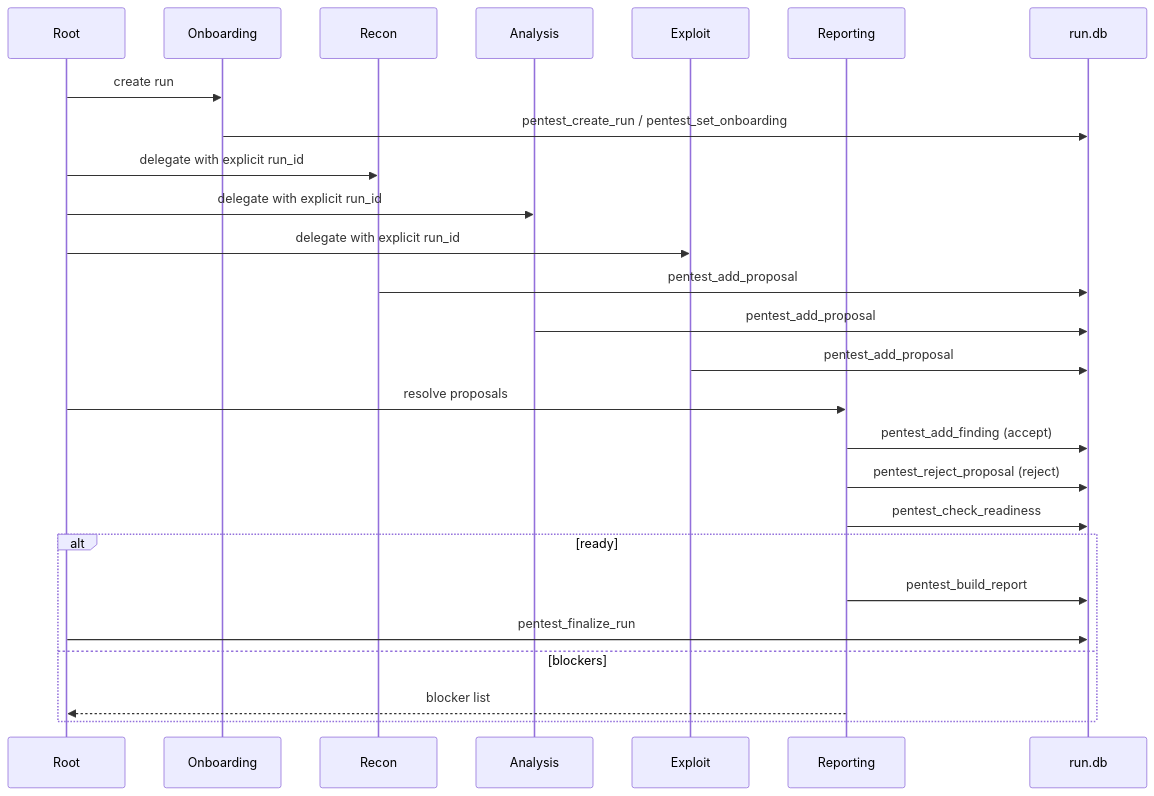
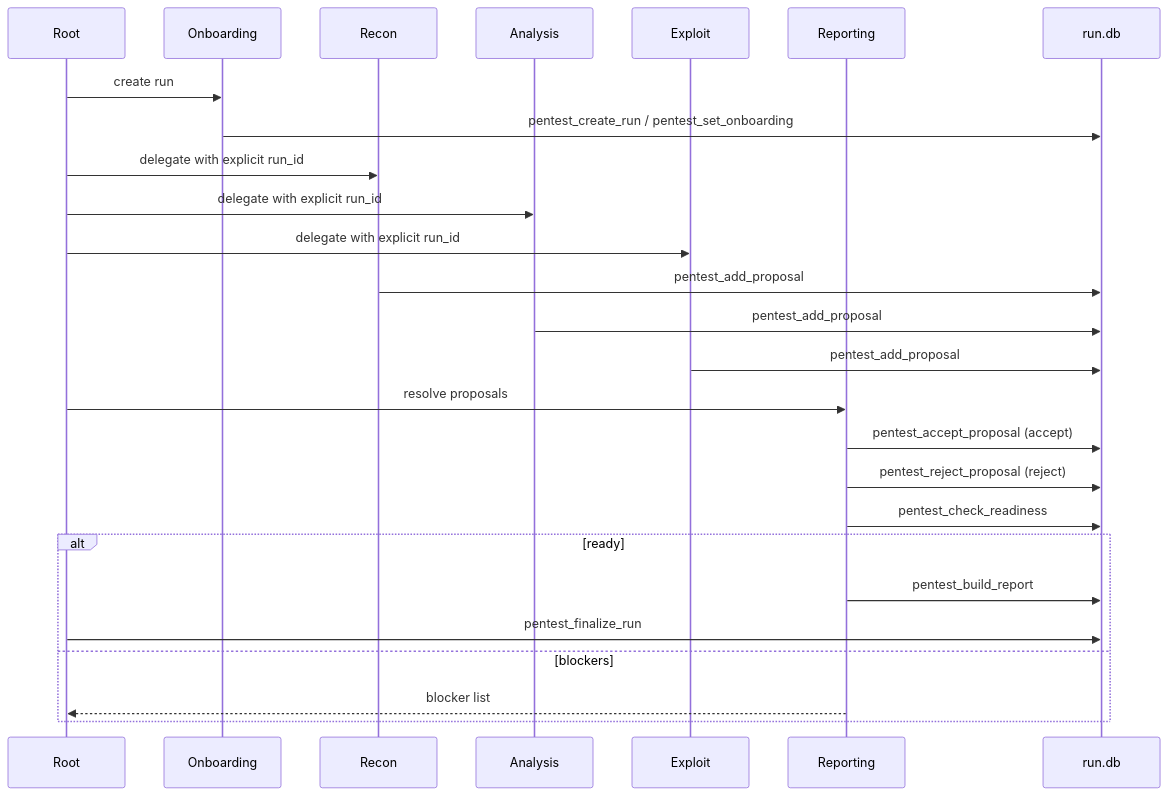
The fifth of 5 diagrams in data/features/db.md (mkdirtim/FERR), drawn with Mermaid before and after one commit. The commit also changed other lines of this file and 14 other files, not shown here.

Commit message:
feat: update agent flows and db/report runtime

````diff
--- a/data/features/db.md
+++ b/data/features/db.md
@@ -273,29 +273,29 @@
 ```mermaid
 sequenceDiagram
     participant Root
     participant Onboarding
     participant Recon
     participant Analysis
     participant Exploit
     participant Reporting
     participant DB as run.db
 
     Root->>Onboarding: create run
     Onboarding->>DB: pentest_create_run / pentest_set_onboarding
     Root->>Recon: delegate with explicit run_id
     Root->>Analysis: delegate with explicit run_id
     Root->>Exploit: delegate with explicit run_id
     Recon->>DB: pentest_add_proposal
     Analysis->>DB: pentest_add_proposal
     Exploit->>DB: pentest_add_proposal
     Root->>Reporting: resolve proposals
-    Reporting->>DB: pentest_add_finding (accept)
+    Reporting->>DB: pentest_accept_proposal (accept)
     Reporting->>DB: pentest_reject_proposal (reject)
     Reporting->>DB: pentest_check_readiness
     alt ready
       Reporting->>DB: pentest_build_report
       Root->>DB: pentest_finalize_run
     else blockers
       Reporting-->>Root: blocker list
     end
 ```
````
